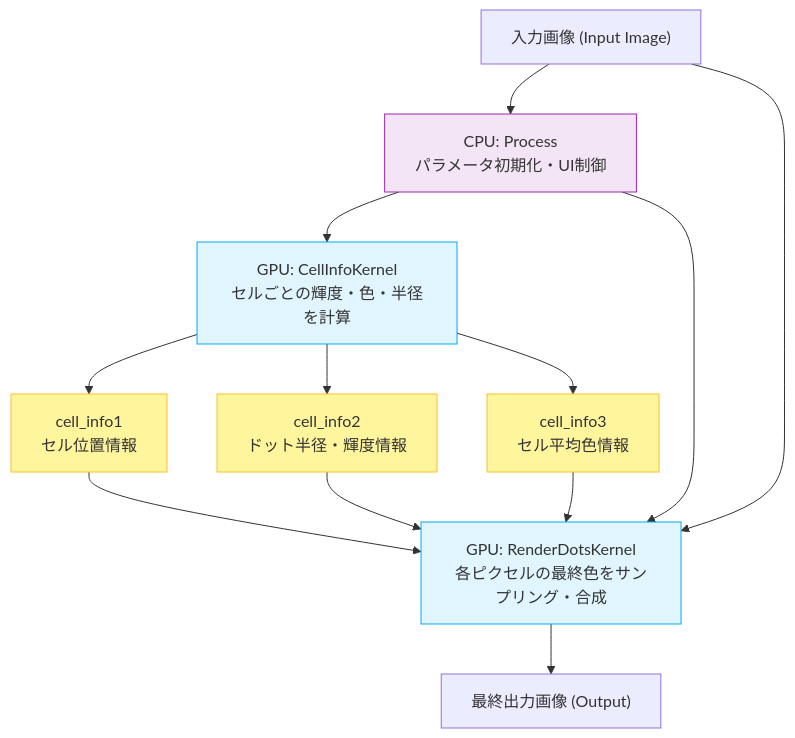
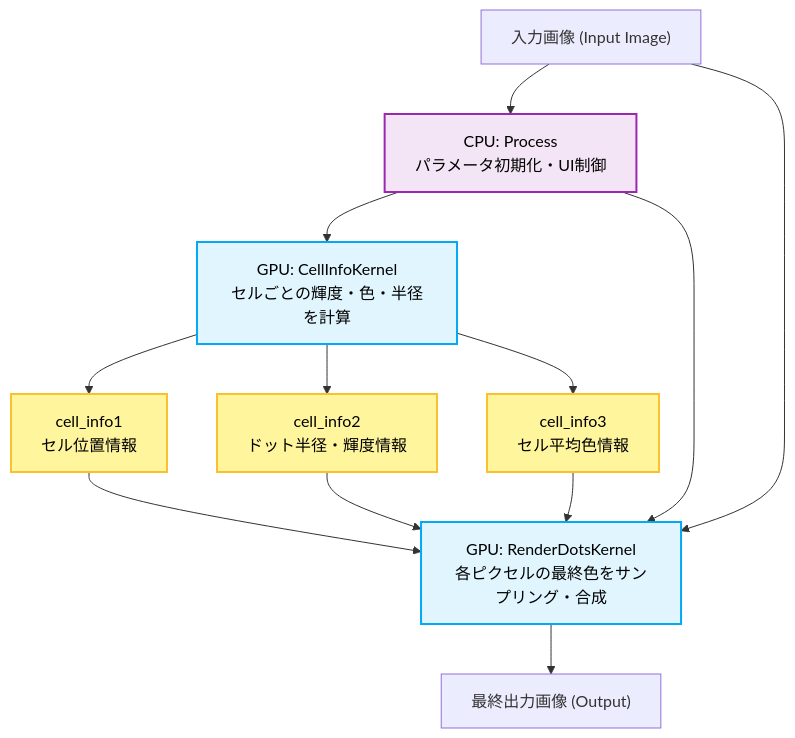
The diagram in fuses/MugSimpleHalftone.md (mug-lab-3/DaVinciResolveEffects), drawn with Mermaid before and after one commit.

Commit message:
docs: Update MugSimpleHalftone documentation.

````diff
--- a/fuses/MugSimpleHalftone.md
+++ b/fuses/MugSimpleHalftone.md
@@ -25,24 +25,24 @@
 ```mermaid
 graph TD
     A["入力画像 (Input Image)"] --> CPU["CPU: Process<br/>パラメータ初期化・UI制御"]
     CPU --> C_K["GPU: CellInfoKernel<br/>セルごとの輝度・色・半径を計算"]
     
     C_K --> B1["cell_info1<br/>セル位置情報"]
     C_K --> B2["cell_info2<br/>ドット半径・輝度情報"]
     C_K --> B3["cell_info3<br/>セル平均色情報"]
     
     B1 --> R_K["GPU: RenderDotsKernel<br/>各ピクセルの最終色をサンプリング・合成"]
     B2 --> R_K
     B3 --> R_K
     A --> R_K
     CPU --> R_K
     
     R_K --> Z["最終出力画像 (Output)"]
 
-    style CPU fill:#f3e5f5,stroke:#9c27b0
-    style C_K fill:#e1f5fe,stroke:#03a9f4
-    style R_K fill:#e1f5fe,stroke:#03a9f4
-    style B1 fill:#fff59d,stroke:#fbc02d
-    style B2 fill:#fff59d,stroke:#fbc02d
-    style B3 fill:#fff59d,stroke:#fbc02d
+    style CPU fill:#f3e5f5,stroke:#9c27b0,stroke-width:2px,color:#000000
+    style C_K fill:#e1f5fe,stroke:#03a9f4,stroke-width:2px,color:#000000
+    style R_K fill:#e1f5fe,stroke:#03a9f4,stroke-width:2px,color:#000000
+    style B1 fill:#fff59d,stroke:#fbc02d,stroke-width:2px,color:#000000
+    style B2 fill:#fff59d,stroke:#fbc02d,stroke-width:2px,color:#000000
+    style B3 fill:#fff59d,stroke:#fbc02d,stroke-width:2px,color:#000000
 ```
````
